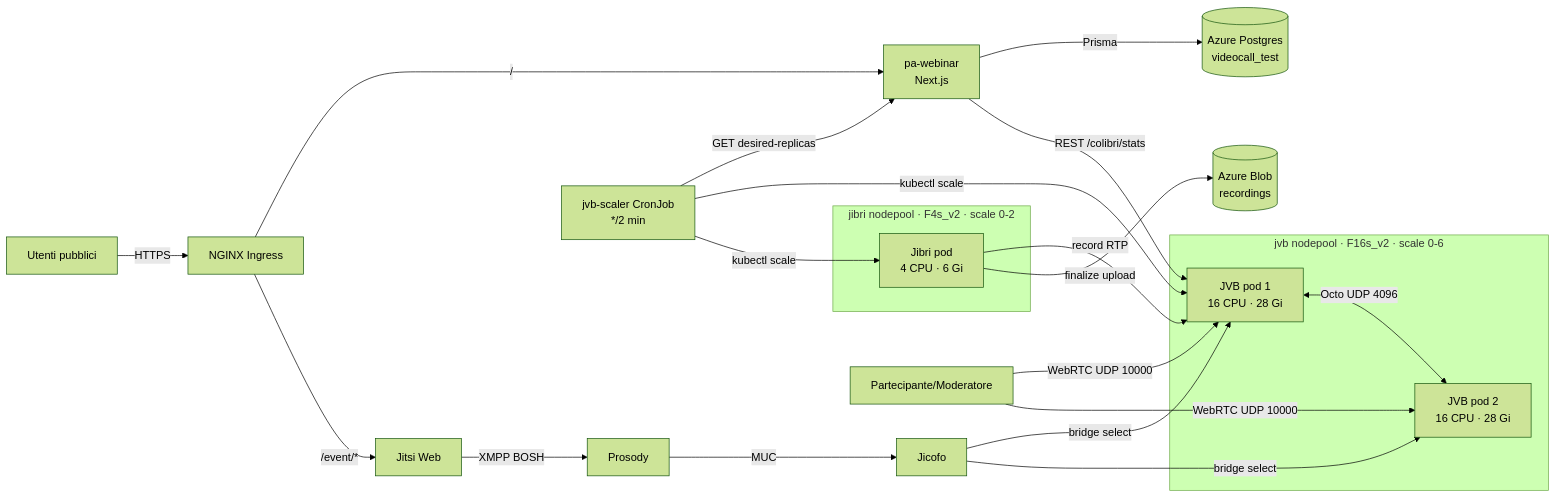
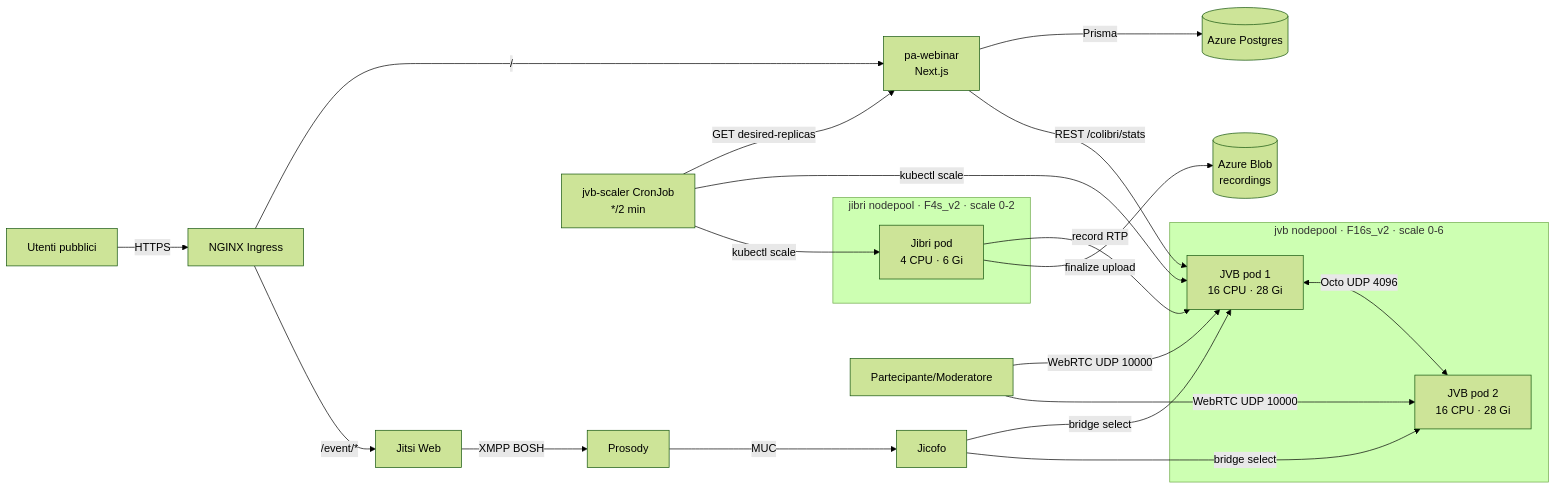
The first of 3 diagrams in scripts/load-test/README.md (italia/pa-webinar), drawn with Mermaid (forest theme) before and after one commit. The commit also changed other lines of this file and 8 other files, not shown here.

````diff
--- a/scripts/load-test/README.md
+++ b/scripts/load-test/README.md
@@ -334,33 +339,33 @@
 ```mermaid
 flowchart LR
     U1[Utenti pubblici]-->|HTTPS|ING[NGINX Ingress]
     ING-->|/|APP[pa-webinar<br/>Next.js]
     ING-->|/event/*|JWEB[Jitsi Web]
-    APP-->|Prisma|DB[(Azure Postgres<br/>videocall_test)]
+    APP-->|Prisma|DB[(Azure Postgres)]
     APP-->|REST /colibri/stats|JVB1
     JWEB-->|XMPP BOSH|PROS[Prosody]
     PROS-->|MUC|JIC[Jicofo]
     JIC-->|bridge select|JVB1
     JIC-->|bridge select|JVB2
 
     subgraph JVBPOOL["jvb nodepool · F16s_v2 · scale 0-6"]
       JVB1[JVB pod 1<br/>16 CPU · 28 Gi]
       JVB2[JVB pod 2<br/>16 CPU · 28 Gi]
       JVB1<-->|Octo UDP 4096|JVB2
     end
 
     subgraph JIBRIPOOL["jibri nodepool · F4s_v2 · scale 0-2"]
       JIBRI[Jibri pod<br/>4 CPU · 6 Gi]
     end
 
     JIBRI-->|record RTP|JVB1
     JIBRI-->|finalize upload|BLOB[(Azure Blob<br/>recordings)]
 
     CRON[jvb-scaler CronJob<br/>*/2 min]
     CRON-->|GET desired-replicas|APP
     CRON-->|kubectl scale|JVB1
     CRON-->|kubectl scale|JIBRI
 
     U2[Partecipante/Moderatore]-->|WebRTC UDP 10000|JVB1
     U2-->|WebRTC UDP 10000|JVB2
 ```
````
